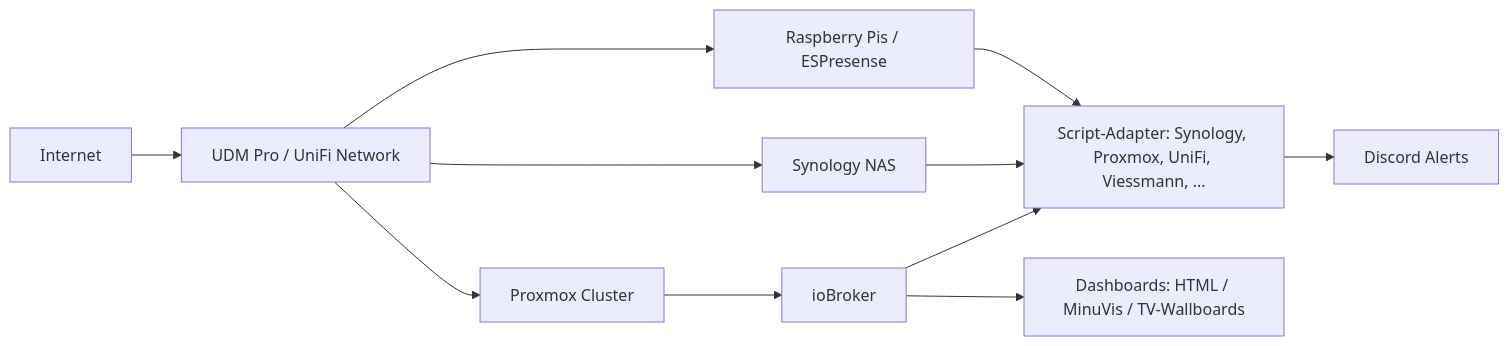
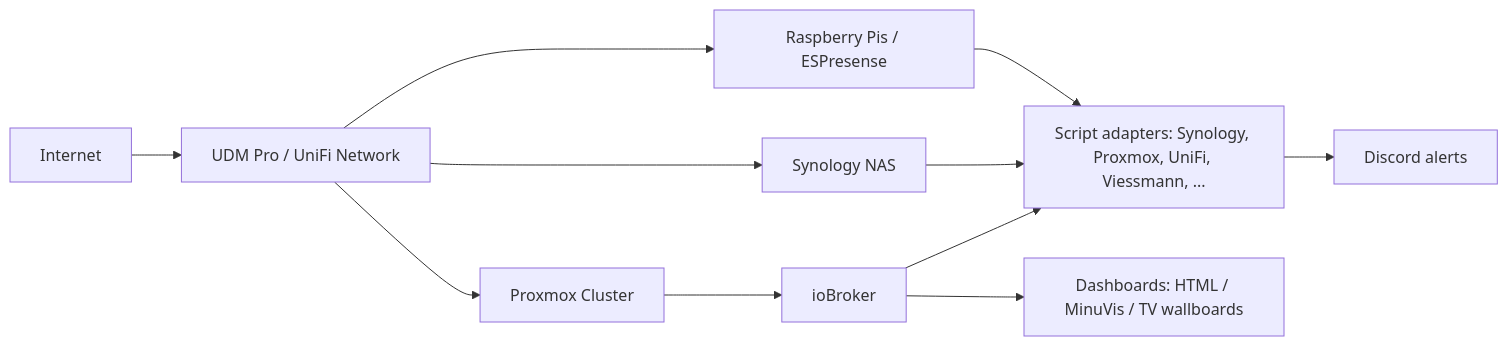
The diagram in README.md (Ilovegym66/Ilovegym66), drawn with Mermaid before and after one commit. The commit also changed other lines of this file, not shown here.

````diff
--- a/README.md
+++ b/README.md
@@ -38,13 +38,13 @@
 ```mermaid
 graph LR
   A[Internet] --> B[UDM Pro / UniFi Network]
   B --> C[Proxmox Cluster]
   B --> D[Synology NAS]
   B --> E[Raspberry Pis / ESPresense]
   C --> F[ioBroker]
-  F --> G[Script-Adapter: Synology, Proxmox, UniFi, Viessmann, ...]
-  F --> H[Dashboards: HTML / MinuVis / TV-Wallboards]
+  F --> G[Script adapters: Synology, Proxmox, UniFi, Viessmann, ...]
+  F --> H[Dashboards: HTML / MinuVis / TV wallboards]
   D --> G
   E --> G
-  G --> I[Discord Alerts]
+  G --> I[Discord alerts]
 ```
````
